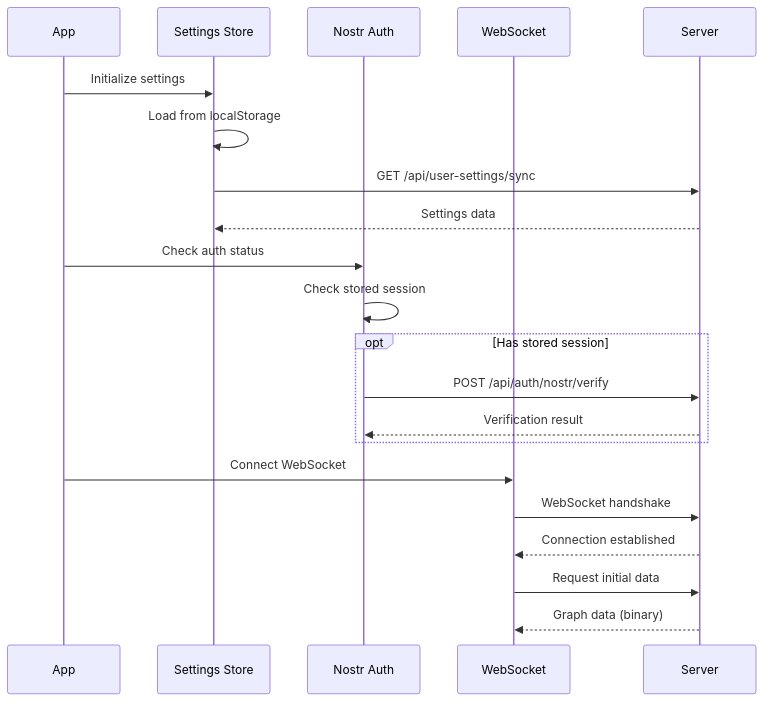
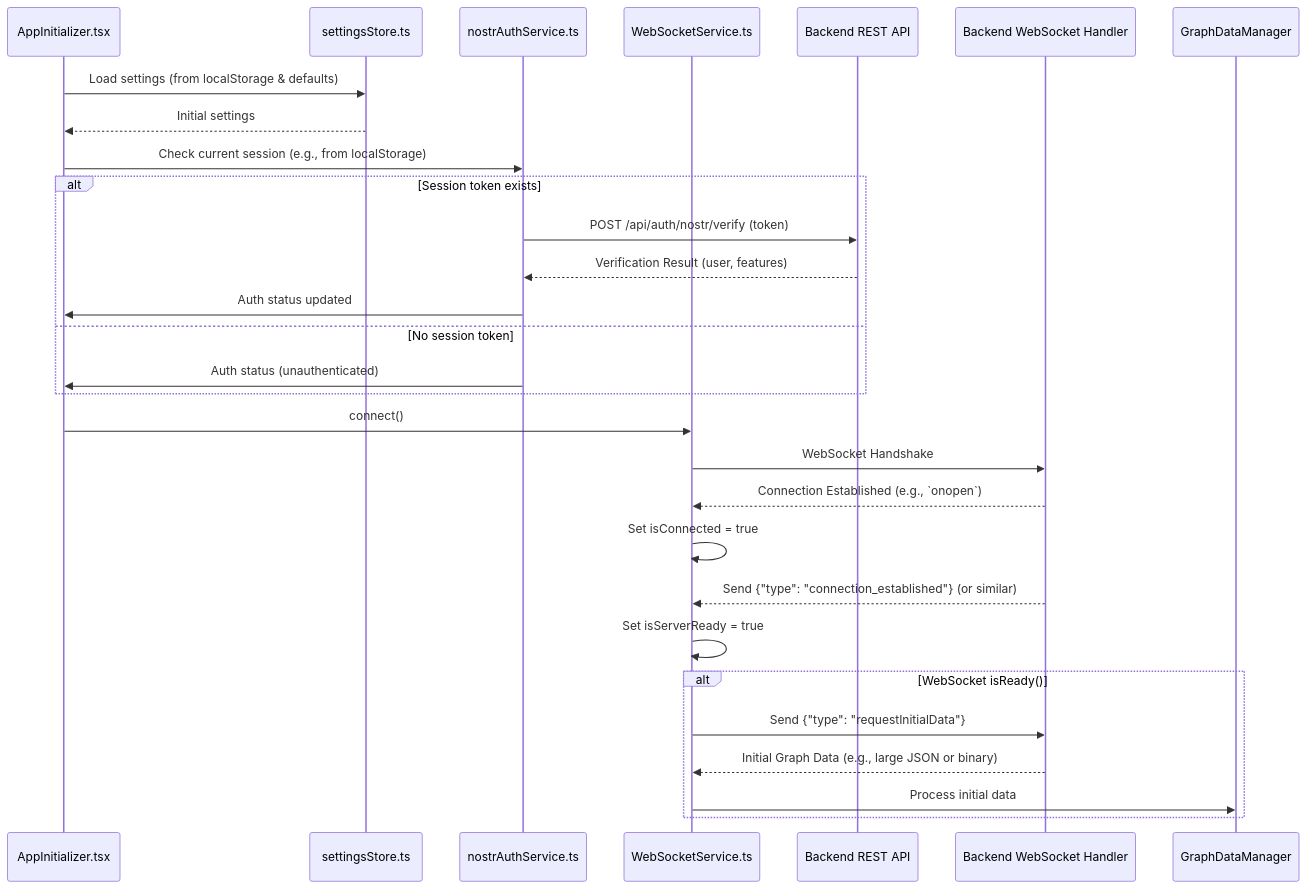
Before and after one commit to DreamLab-AI/VisionFlow: the fourth of 9 diagrams in README.md, drawn with Mermaid. The commit also changed other lines of this file and 22 other files, not shown here.

````diff
--- a/README.md
+++ b/README.md
@@ -338,26 +314,34 @@
 ```mermaid
 sequenceDiagram
-    participant Client as App
-    participant Store as Settings Store
-    participant Auth as Nostr Auth
-    participant WS as WebSocket
-    participant Server as Server
+    participant ClientApp as AppInitializer.tsx
+    participant SettingsStoreSvc as settingsStore.ts
+    participant NostrAuthSvcClient as nostrAuthService.ts
+    participant WebSocketSvcClient as WebSocketService.ts
+    participant ServerAPI as Backend REST API
+    participant ServerWS as Backend WebSocket Handler
 
-    Client->>Store: Initialize settings
-    Store->>Store: Load from localStorage
-    Store->>Server: GET /api/user-settings/sync
-    Server-->>Store: Settings data
+    ClientApp->>SettingsStoreSvc: Load settings (from localStorage & defaults)
+    SettingsStoreSvc-->>ClientApp: Initial settings
+
+    ClientApp->>NostrAuthSvcClient: Check current session (e.g., from localStorage)
+    alt Session token exists
+        NostrAuthSvcClient->>ServerAPI: POST /api/auth/nostr/verify (token)
+        ServerAPI-->>NostrAuthSvcClient: Verification Result (user, features)
+        NostrAuthSvcClient->>ClientApp: Auth status updated
+    else No session token
+        NostrAuthSvcClient->>ClientApp: Auth status (unauthenticated)
+    end
+
+    ClientApp->>WebSocketSvcClient: connect()
+    WebSocketSvcClient->>ServerWS: WebSocket Handshake
+    ServerWS-->>WebSocketSvcClient: Connection Established (e.g., `onopen`)
+    WebSocketSvcClient->>WebSocketSvcClient: Set isConnected = true
+    ServerWS-->>WebSocketSvcClient: Send {"type": "connection_established"} (or similar)
+    WebSocketSvcClient->>WebSocketSvcClient: Set isServerReady = true
     
-    Client->>Auth: Check auth status
-    Auth->>Auth: Check stored session
-    opt Has stored session
-        Auth->>Server: POST /api/auth/nostr/verify
-        Server-->>Auth: Verification result
+    alt WebSocket isReady()
+        WebSocketSvcClient->>ServerWS: Send {"type": "requestInitialData"}
+        ServerWS-->>WebSocketSvcClient: Initial Graph Data (e.g., large JSON or binary)
+        WebSocketSvcClient->>GraphDataManager: Process initial data
     end
-    
-    Client->>WS: Connect WebSocket
-    WS->>Server: WebSocket handshake
-    Server-->>WS: Connection established
-    WS->>Server: Request initial data
-    Server-->>WS: Graph data (binary)
 ```
````
